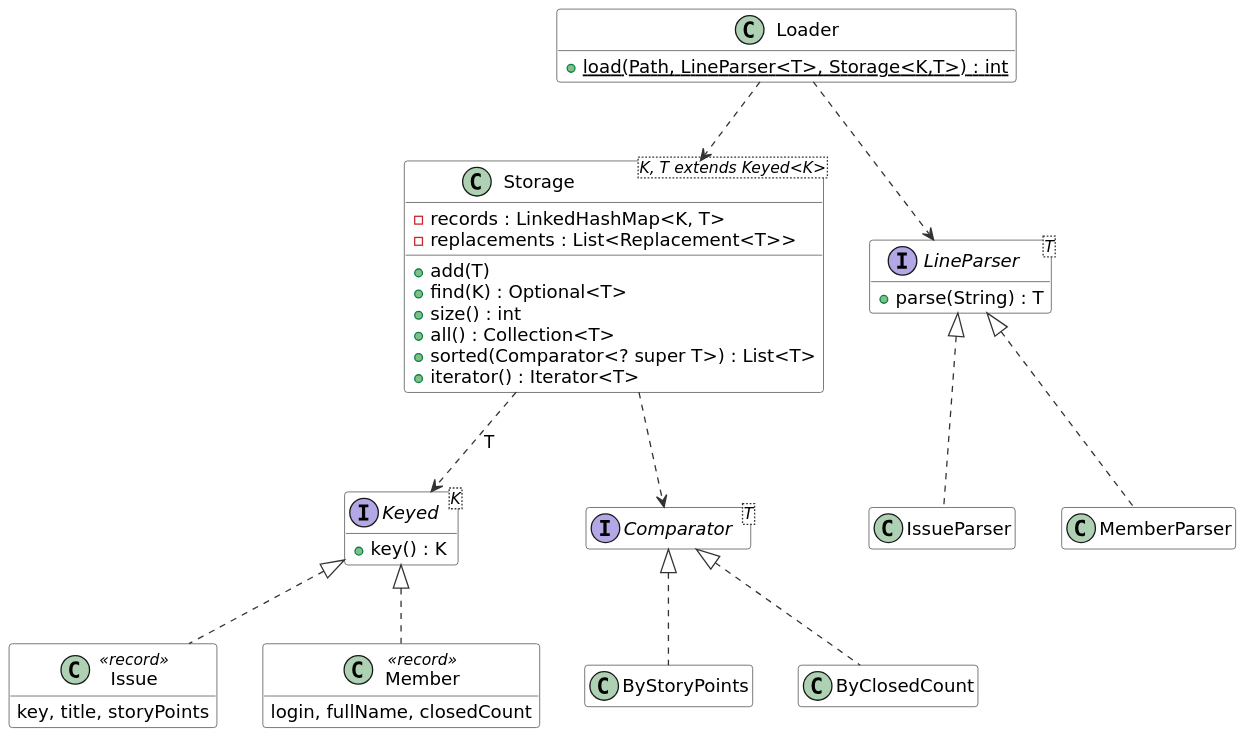
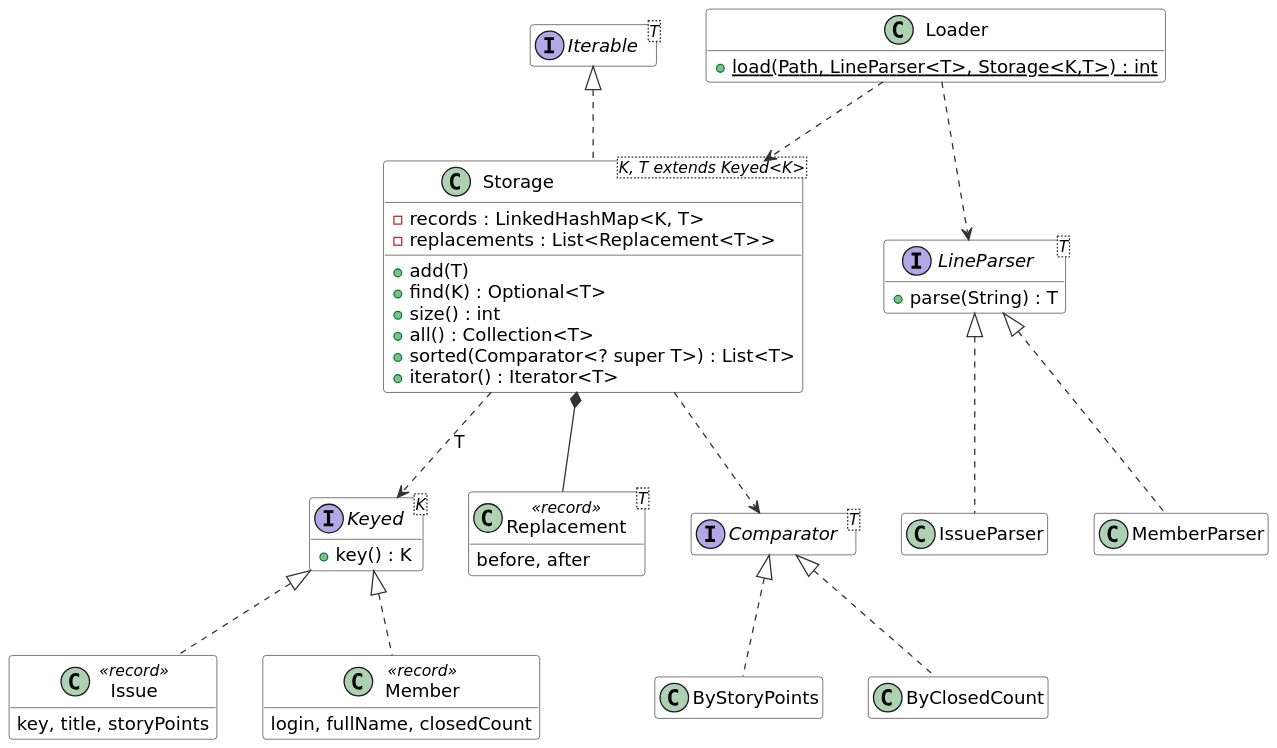
One commit to brizzinck/krinzhrepoduta changed the diagram in java/lr-6/diagrams/storage.puml. Above: the diagram before and after it, drawn with PlantUML. The commit also changed 158 other files, not shown here.

```diff
--- a/java/lr-6/diagrams/storage.puml
+++ b/java/lr-6/diagrams/storage.puml
@@ -1,49 +1,55 @@
 @startuml
 skinparam dpi 140
 skinparam defaultFontName DejaVu Sans
 skinparam shadowing false
 skinparam ClassBackgroundColor #FFFFFF
 skinparam ClassBorderColor #333333
 skinparam ArrowColor #333333
 hide empty members
 interface "Keyed<K>" as Keyed {
   + key() : K
 }
 class "Storage<K, T extends Keyed<K>>" as Storage {
   - records : LinkedHashMap<K, T>
   - replacements : List<Replacement<T>>
   + add(T)
   + find(K) : Optional<T>
   + size() : int
   + all() : Collection<T>
   + sorted(Comparator<? super T>) : List<T>
   + iterator() : Iterator<T>
 }
 interface "LineParser<T>" as LineParser {
   + parse(String) : T
 }
+interface "Iterable<T>" as Iterable
+class "Replacement<T>" as Replacement <<record>> {
+  before, after
+}
 class Loader {
   + {static} load(Path, LineParser<T>, Storage<K,T>) : int
 }
 class Issue <<record>> {
   key, title, storyPoints
 }
 class Member <<record>> {
   login, fullName, closedCount
 }
 class IssueParser
 class MemberParser
 class ByStoryPoints
 class ByClosedCount
 interface "Comparator<T>" as Comparator
+Iterable <|.. Storage
+Storage *-- Replacement
 Keyed <|.. Issue
 Keyed <|.. Member
 LineParser <|.. IssueParser
 LineParser <|.. MemberParser
 Comparator <|.. ByStoryPoints
 Comparator <|.. ByClosedCount
 Storage ..> Keyed : T
 Loader ..> Storage
 Loader ..> LineParser
 Storage ..> Comparator
 @enduml
```
